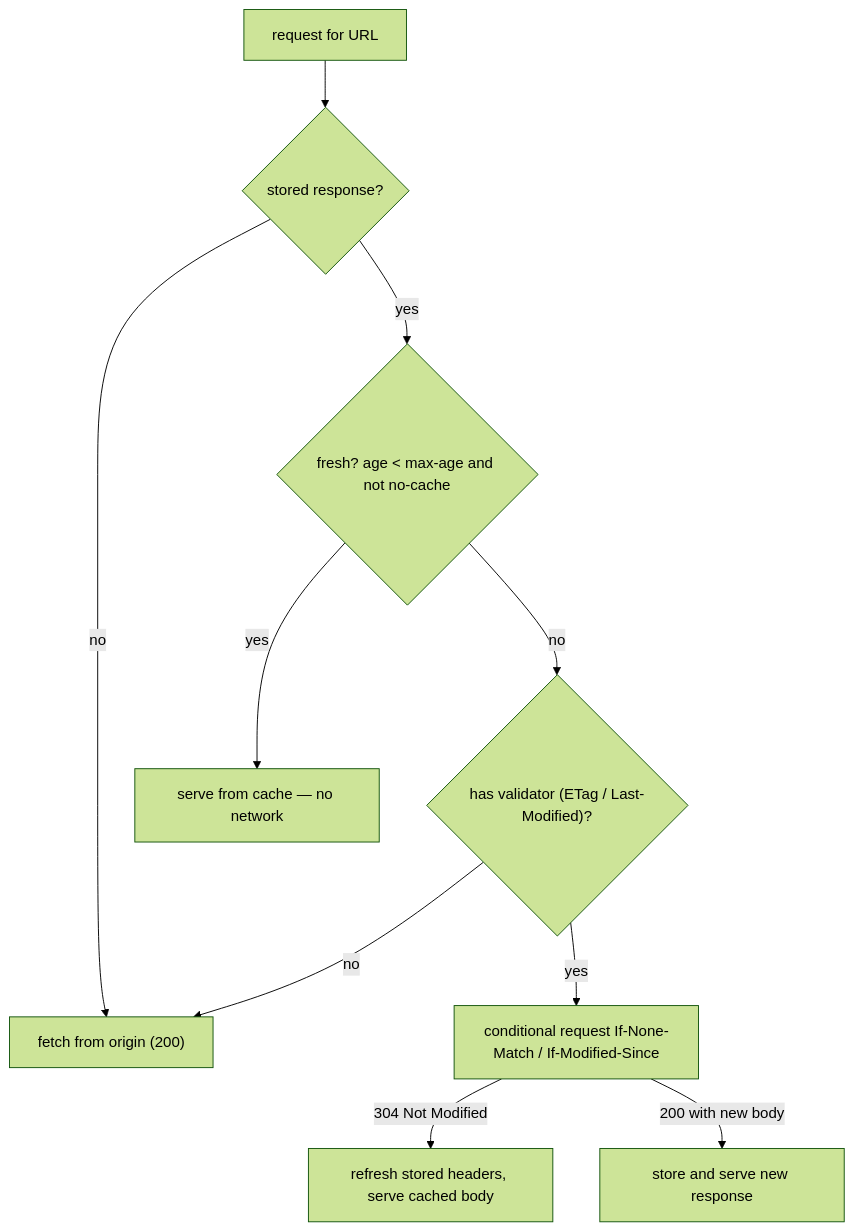
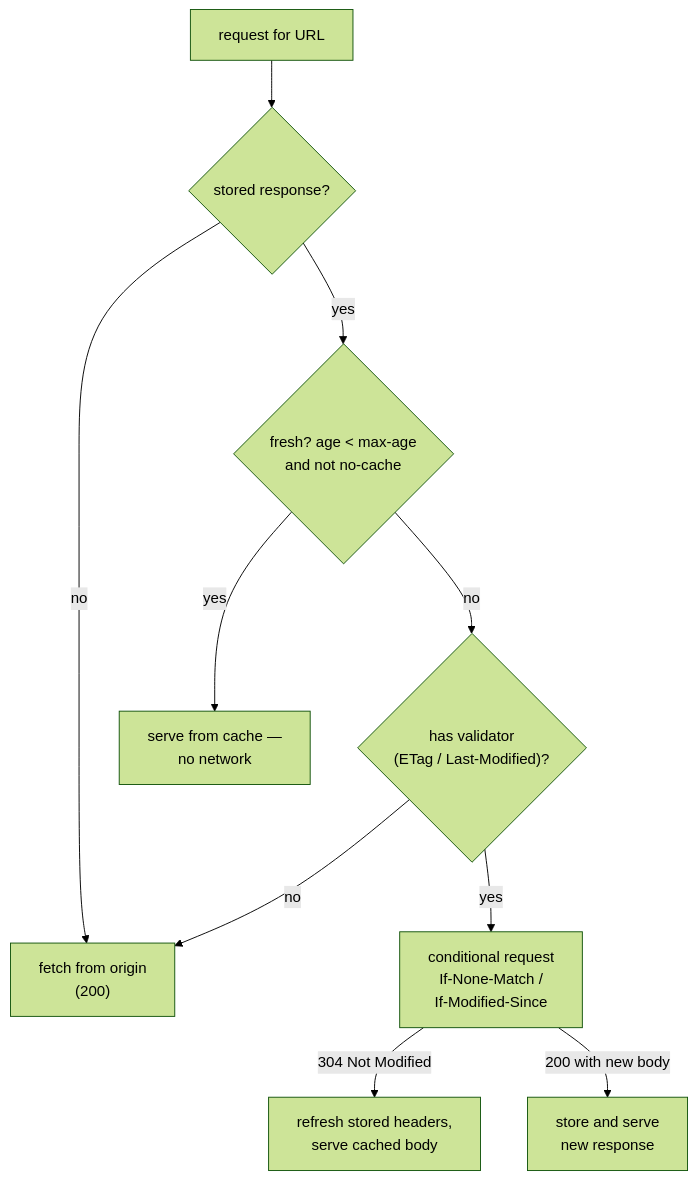
The diagram in content/lessons/cn/cn-http-caching.md (Siva010/CoreCS), drawn with Mermaid (forest theme) before and after one commit. The commit also changed 54 other files, not shown here.

First line of the commit message:
Add diagrams to the database lessons and make them readable

````diff
--- a/content/lessons/cn/cn-http-caching.md
+++ b/content/lessons/cn/cn-http-caching.md
@@ -67,12 +67,12 @@
 ```mermaid
 flowchart TD
     R["request for URL"] --> H{"stored response?"}
-    H -->|no| F["fetch from origin (200)"]
-    H -->|yes| FR{"fresh? age < max-age and not no-cache"}
-    FR -->|yes| S["serve from cache — no network"]
-    FR -->|no| V{"has validator (ETag / Last-Modified)?"}
+    H -->|no| F["fetch from origin<br/>(200)"]
+    H -->|yes| FR{"fresh? age < max-age<br/>and not no-cache"}
+    FR -->|yes| S["serve from cache —<br/>no network"]
+    FR -->|no| V{"has validator<br/>(ETag / Last-Modified)?"}
     V -->|no| F
-    V -->|yes| C["conditional request If-None-Match / If-Modified-Since"]
-    C -->|"304 Not Modified"| U["refresh stored headers, serve cached body"]
-    C -->|"200 with new body"| N["store and serve new response"]
+    V -->|yes| C["conditional request<br/>If-None-Match /<br/>If-Modified-Since"]
+    C -->|"304 Not Modified"| U["refresh stored headers,<br/>serve cached body"]
+    C -->|"200 with new body"| N["store and serve<br/>new response"]
 ```
````
